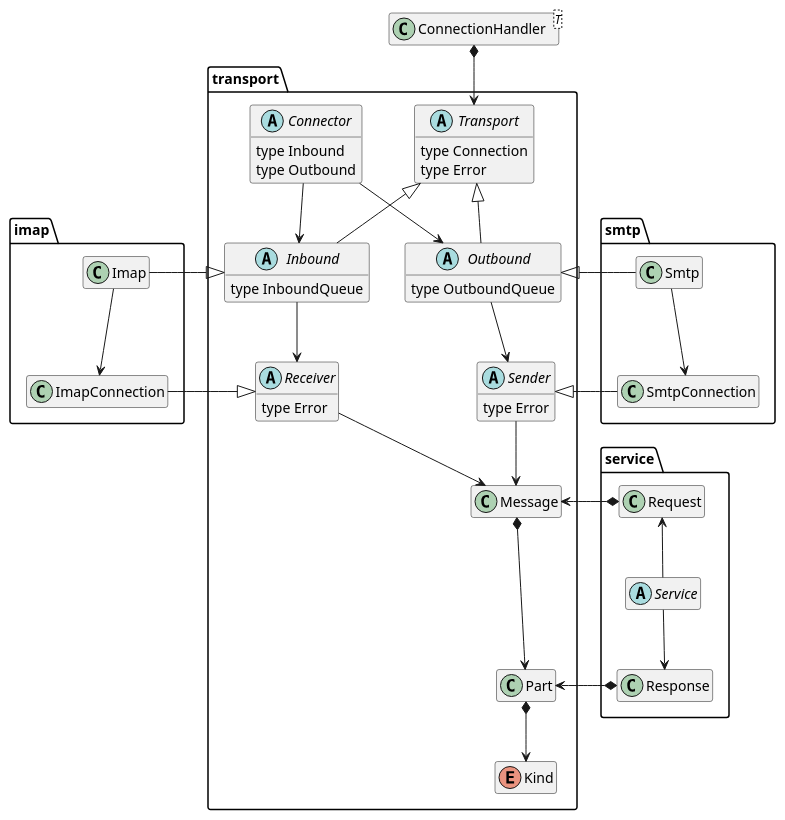
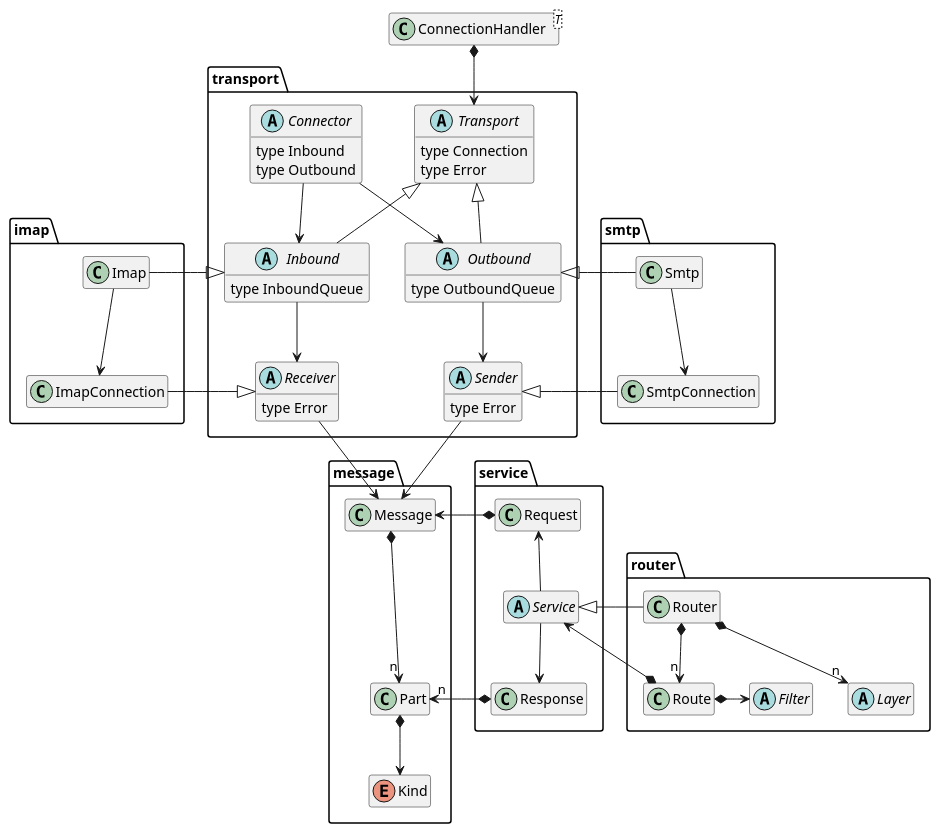
One commit to lemunozm/mailfred changed the diagram in docs/diagrams.md. Above: the diagram before and after it, drawn with PlantUML. The commit also changed 1 other file, not shown here.

Commit message:
update main diagram

````diff
--- a/docs/diagrams.md
+++ b/docs/diagrams.md
@@ -24,10 +24,6 @@
         type OutboundQueue
     }
 
-    class Message
-    class Part
-    enum Kind
-
     Connector -d-> Inbound
     Connector -d-> Outbound
 
@@ -37,12 +33,20 @@
     Inbound --> Receiver
     Outbound --> Sender
 
-    Sender --> Message
-    Receiver --> Message
+}
 
-    Message *-d--> Part
+package message {
+
+    class Message
+    class Part
+    enum Kind
+
+    Message *-d--> "n" Part
     Part *-d-> Kind
 }
+
+Sender --> Message
+Receiver --> Message
 
 package imap {
     class Imap
@@ -74,11 +78,26 @@
 }
 
 Request *-l-> Message
-Response *-l-> Part
+Response *-l-> "n" Part
 
 class ConnectionHandler<T>
 
 ConnectionHandler *-d-> Transport
 
+package router {
+    class Route
+    class Router
+    abstract Filter
+    abstract Layer
+
+    Router *-d-> "n" Route
+    Router *-d-> "n" Layer
+    Route *-r-> Filter
+}
+
+
+Router -l-|> Service
+Route *-l-> Service
+
 @enduml
 ```
````
